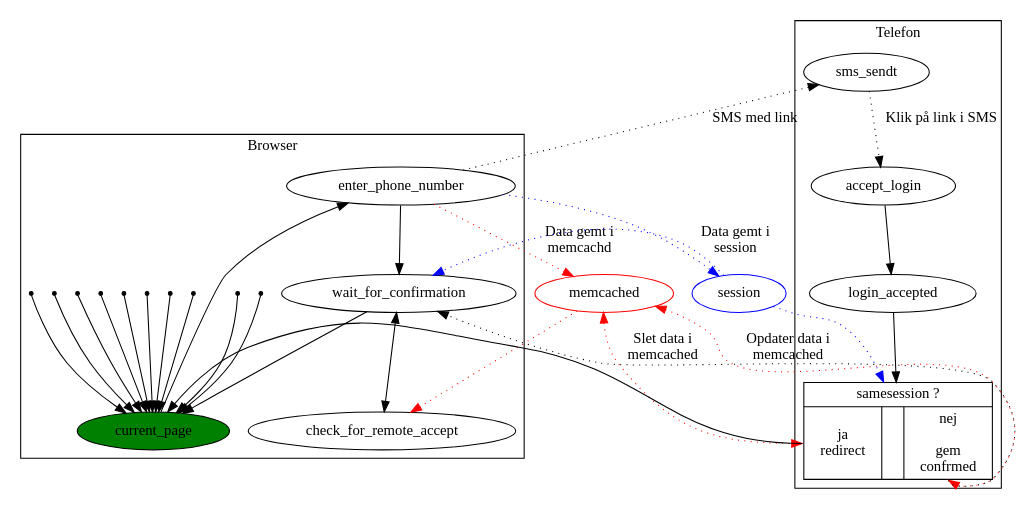
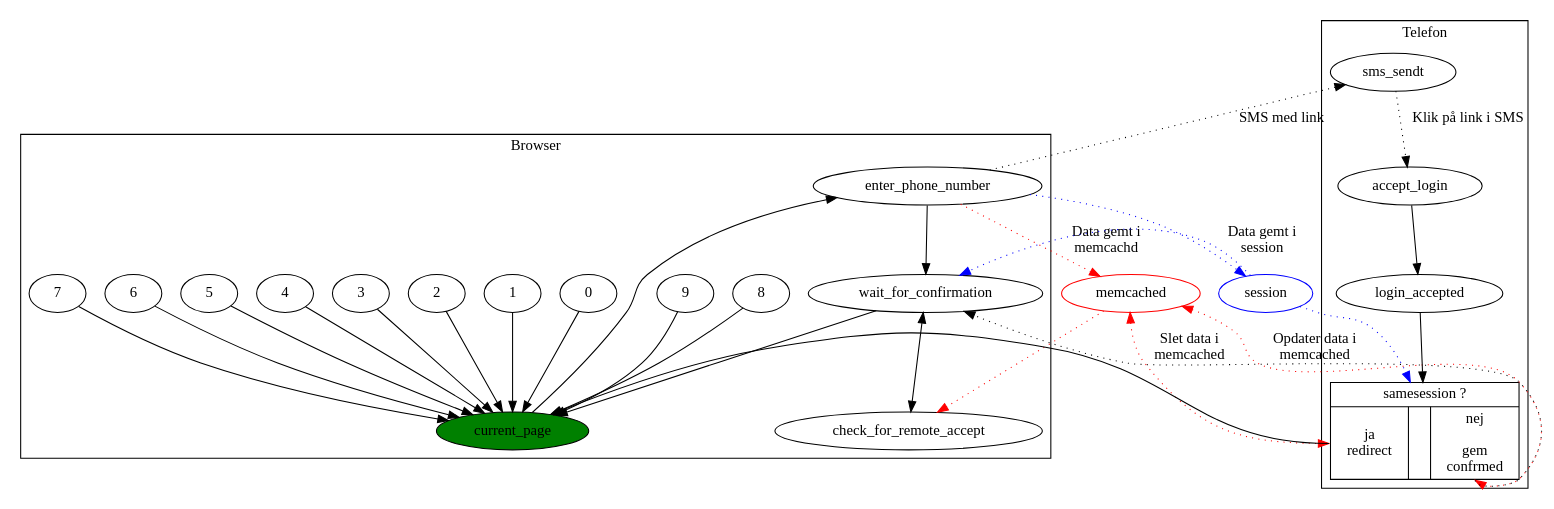
One commit to alslug/alslug.dk changed the diagram in projekter/sms-login.dot. Above: the diagram before and after it, drawn with Graphviz.

```diff
--- a/projekter/sms-login.dot
+++ b/projekter/sms-login.dot
@@ -1,48 +1,47 @@
 digraph xxx {
   {
     edge [ color=red style=dotted ];
 ////////////////////////////////////////////////////////////////////////////////////////////
     enter_phone_number -> memcached [ label="Data gemt i \nmemcachd"]; /////
                           memcached [ color = red ];
                           memcached -> check_for_remote_accept;
                           memcached -> same_session:ja [ label = "Slet data i \nmemcached" dir=both ];
                           memcached -> same_session:nej [ label = "Opdater data i \nmemcached" dir=both ];
 ////////////////////////////////////////////////////////////////////////////////////////////
   }
   {
     edge [ color=blue style=dotted ];
 ////////////////////////////////////////////////////////////////////////////////////////////
         enter_phone_number -> session [ label="Data gemt i \nsession"];    /////
                               session [ color = blue ];
                               session -> wait_for_confirmation;
                               session -> same_session;
 ////////////////////////////////////////////////////////////////////////////////////////////
   }
   subgraph cluster_browser {
     label = "Browser";
 
     current_page [ style=filled fillcolor=green ];
     current_page ->
           enter_phone_number ->
                 wait_for_confirmation ->
                       current_page;
                 wait_for_confirmation ->
                       check_for_remote_accept [ dir=both ];
 
-    node [ shape=point ];
     {1,2,3,4,5,6,7,8,9,0} -> current_page;
   }
   subgraph cluster_telefon {
     label = "Telefon";
     same_session [ shape=record label="{samesession ?|{<ja> ja\nredirect| &nbsp; |<nej> nej\n\ngem\nconfrmed}}" ];
     sms_sendt ->
           accept_login [ style=dotted label="Klik på link i SMS" ];
           accept_login ->
                 login_accepted->
                       same_session;
                       same_session:ja -> current_page;
                       same_session:nej -> wait_for_confirmation [ style=dotted ];
   }
   
   enter_phone_number -> sms_sendt [ style= dotted label="SMS med link"];
 }
```
